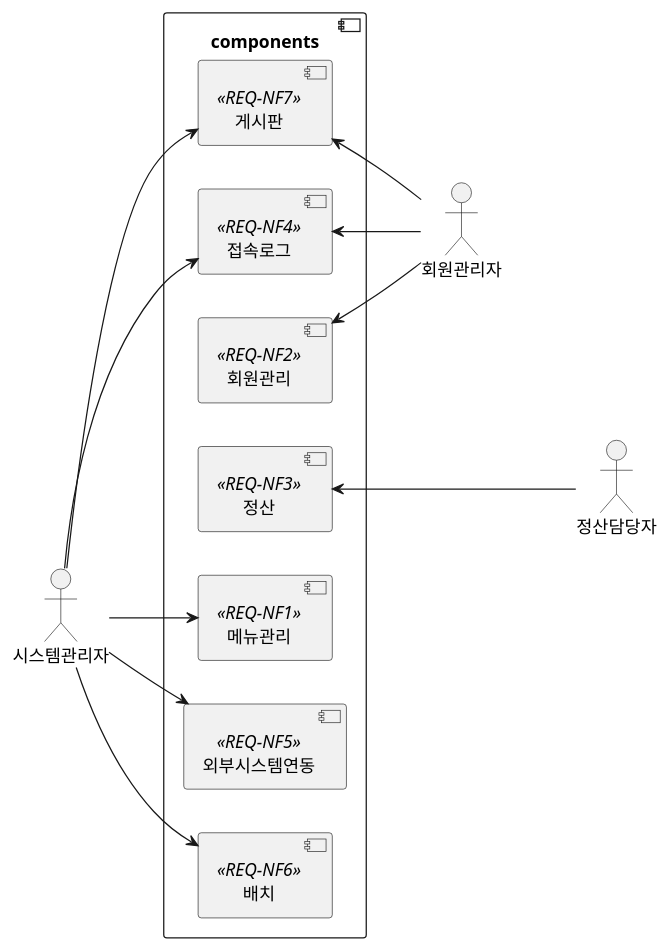
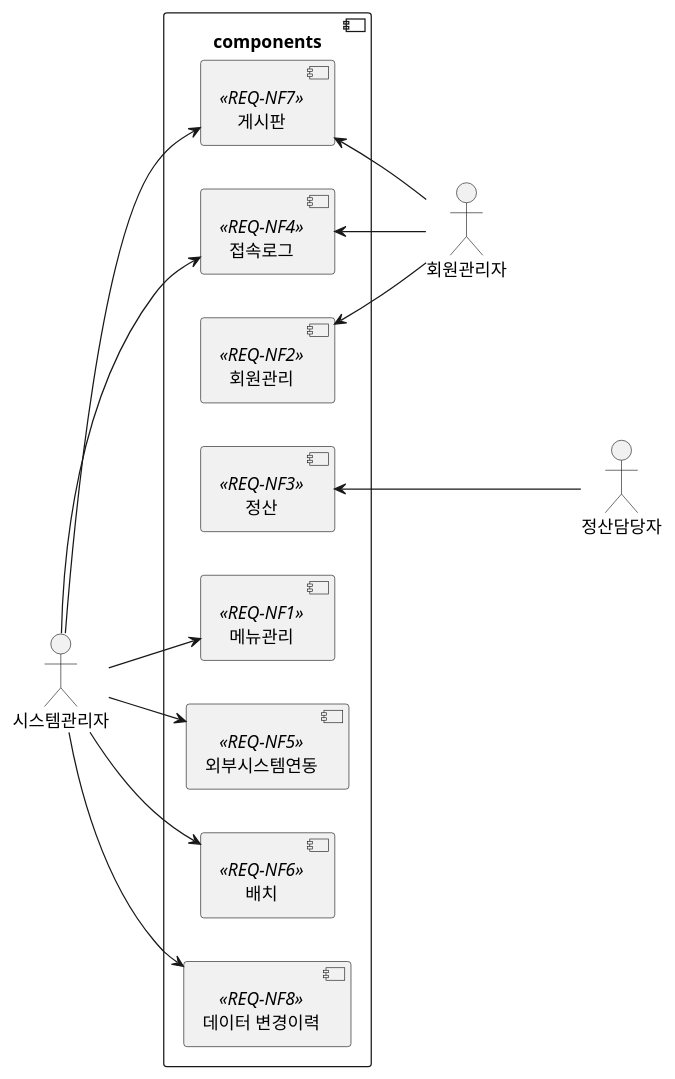
The sixth of 7 diagrams in README.md (ohhoonim/lms), drawn with PlantUML before and after one commit. The commit also changed 10 other files, not shown here.

````diff
--- a/README.md
+++ b/README.md
@@ -136,27 +136,29 @@
 ```plantuml
 @startuml
 left to right direction
 component components {
     [메뉴관리] <<REQ-NF1>>
     [회원관리] <<REQ-NF2>>
     [정산] <<REQ-NF3>>
     [접속로그] <<REQ-NF4>>
     [외부시스템연동] <<REQ-NF5>>
     [배치] <<REQ-NF6>>
     [게시판] <<REQ-NF7>>
+    [데이터 변경이력] <<REQ-NF8>>
 }
 
+:시스템관리자: --> [데이터 변경이력]
 :시스템관리자: --> [메뉴관리]
 :시스템관리자: --> [접속로그]
 :시스템관리자: --> [외부시스템연동]
 :시스템관리자: --> [배치]
 :시스템관리자: --> [게시판]
 
 :정산담당자: --up-> [정산]
 
 :회원관리자: -up-> [회원관리]
 :회원관리자: -up-> [접속로그]
 :회원관리자: -up-> [게시판]
 
 @enduml
 ```
````
